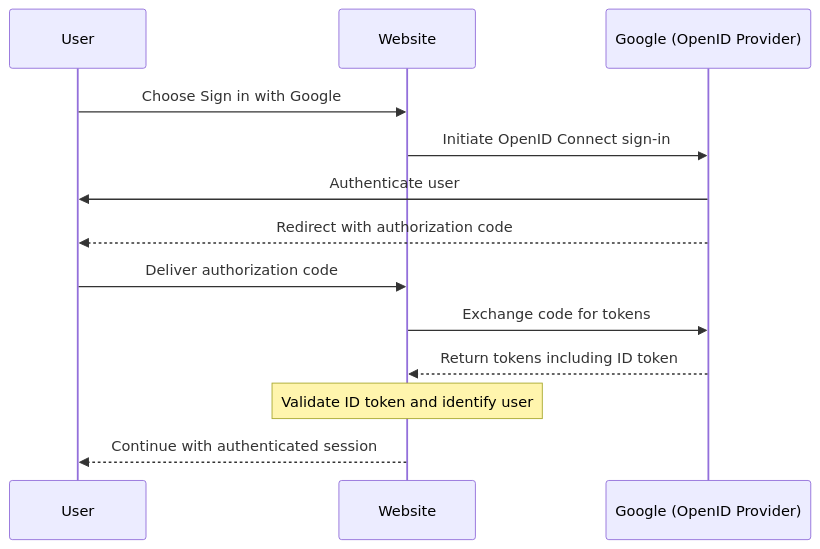
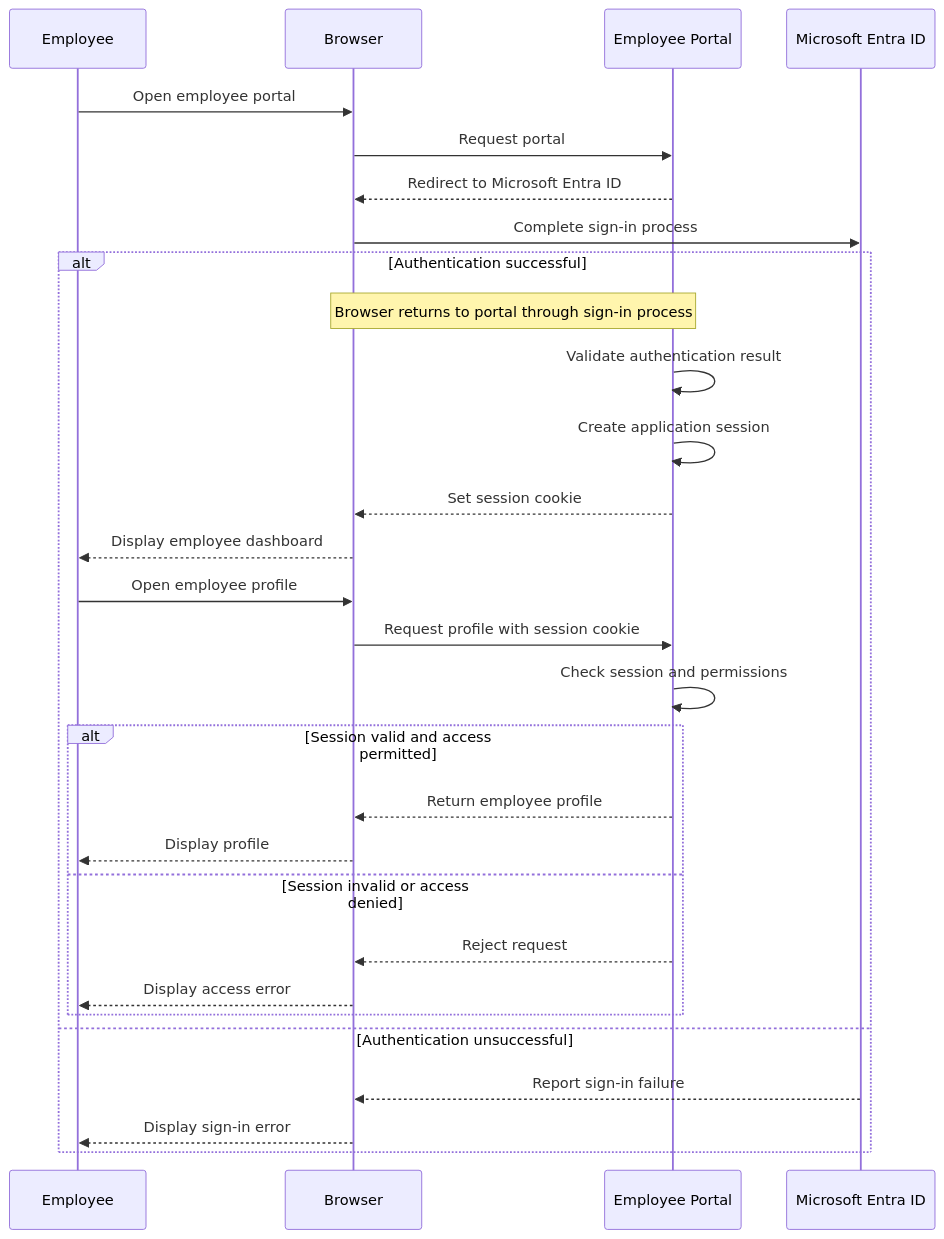
Before and after one commit to Rokiis1/Teaching-Materia: the second of 4 diagrams in docs/en/software_engineering/software_security/security_tokens/token_types/1_level/1_level_token_types.md, drawn with Mermaid. The commit also changed other lines of this file and 15 other files, not shown here.

````diff
--- a/docs/en/software_engineering/software_security/security_tokens/token_types/1_level/1_level_token_types.md
+++ b/docs/en/software_engineering/software_security/security_tokens/token_types/1_level/1_level_token_types.md
@@ -44,16 +51,35 @@
 ```mermaid
 sequenceDiagram
-    participant U as User
-    participant C as Website
-    participant P as Google (OpenID Provider)
+    participant E as Employee
+    participant B as Browser
+    participant P as Employee Portal
+    participant I as Microsoft Entra ID
 
-    U->>C: Choose Sign in with Google
-    C->>P: Initiate OpenID Connect sign-in
-    P->>U: Authenticate user
-    P-->>U: Redirect with authorization code
-    U->>C: Deliver authorization code
-    C->>P: Exchange code for tokens
-    P-->>C: Return tokens including ID token
-    Note over C: Validate ID token and identify user
-    C-->>U: Continue with authenticated session
+    E->>B: Open employee portal
+    B->>P: Request portal
+    P-->>B: Redirect to Microsoft Entra ID
+    B->>I: Complete sign-in process
+
+    alt Authentication successful
+        Note over B,P: Browser returns to portal through sign-in process
+        P->>P: Validate authentication result
+        P->>P: Create application session
+        P-->>B: Set session cookie
+        B-->>E: Display employee dashboard
+
+        E->>B: Open employee profile
+        B->>P: Request profile with session cookie
+        P->>P: Check session and permissions
+
+        alt Session valid and access permitted
+            P-->>B: Return employee profile
+            B-->>E: Display profile
+        else Session invalid or access denied
+            P-->>B: Reject request
+            B-->>E: Display access error
+        end
+    else Authentication unsuccessful
+        I-->>B: Report sign-in failure
+        B-->>E: Display sign-in error
+    end
 ```
````
